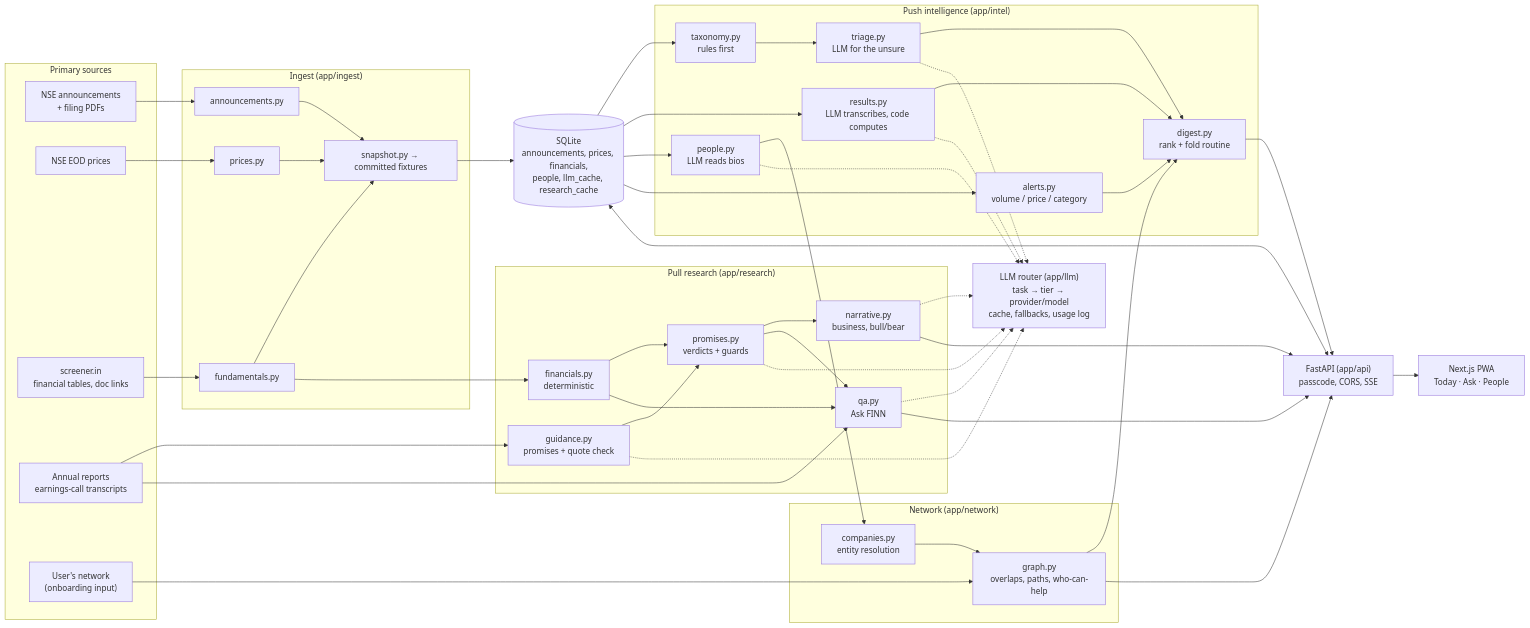
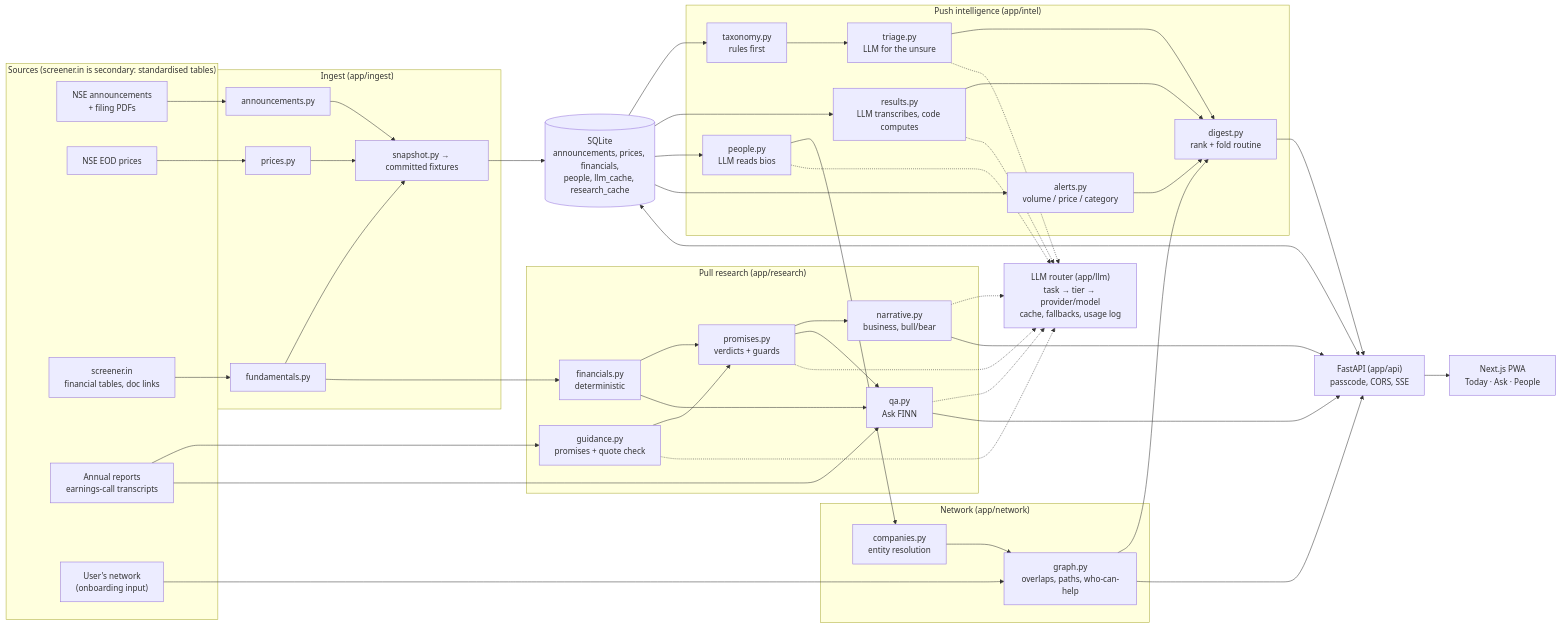
The diagram in docs/architecture.md (Emminence23/finn), drawn with Mermaid before and after one commit. The commit also changed 21 other files, not shown here.

````diff
--- a/docs/architecture.md
+++ b/docs/architecture.md
@@ -5,62 +5,62 @@
 ```mermaid
 flowchart LR
-  subgraph Sources["Primary sources"]
+  subgraph Sources["Sources (screener.in is secondary: standardised tables)"]
     NSE["NSE announcements<br/>+ filing PDFs"]
     EOD["NSE EOD prices"]
     SCR["screener.in<br/>financial tables, doc links"]
     DOCS["Annual reports<br/>earnings-call transcripts"]
     NET["User's network<br/>(onboarding input)"]
   end
 
   subgraph Ingest["Ingest (app/ingest)"]
     A1["announcements.py"]
     P1["prices.py"]
     F1["fundamentals.py"]
     SNAP["snapshot.py → committed fixtures"]
   end
 
   subgraph Intel["Push intelligence (app/intel)"]
     TAX["taxonomy.py<br/>rules first"]
     TRI["triage.py<br/>LLM for the unsure"]
     RES["results.py<br/>LLM transcribes, code computes"]
     PPL["people.py<br/>LLM reads bios"]
     ALR["alerts.py<br/>volume / price / category"]
     DIG["digest.py<br/>rank + fold routine"]
   end
 
   subgraph Network["Network (app/network)"]
     G["graph.py<br/>overlaps, paths, who-can-help"]
     ER["companies.py<br/>entity resolution"]
   end
 
   subgraph Pull["Pull research (app/research)"]
     FIN["financials.py<br/>deterministic"]
     GUI["guidance.py<br/>promises + quote check"]
     PRO["promises.py<br/>verdicts + guards"]
     NAR["narrative.py<br/>business, bull/bear"]
     QA["qa.py<br/>Ask FINN"]
   end
 
   LLM["LLM router (app/llm)<br/>task → tier → provider/model<br/>cache, fallbacks, usage log"]
   DB[("SQLite<br/>announcements, prices, financials,<br/>people, llm_cache, research_cache")]
   API["FastAPI (app/api)<br/>passcode, CORS, SSE"]
   WEB["Next.js PWA<br/>Today · Ask · People"]
 
   NSE --> A1
   EOD --> P1
   SCR --> F1
   A1 & P1 & F1 --> SNAP --> DB
   NET --> G
   DB --> TAX --> TRI --> DIG
   DB --> RES --> DIG
   DB --> PPL --> ER --> G
   DB --> ALR --> DIG
   G --> DIG
   DOCS --> GUI
   F1 --> FIN --> PRO
   GUI --> PRO --> NAR
   FIN & PRO & DOCS --> QA
   TRI & RES & PPL & GUI & PRO & NAR & QA -.-> LLM
   DIG & NAR & QA & G --> API --> WEB
   DB <--> API
 ```
````
